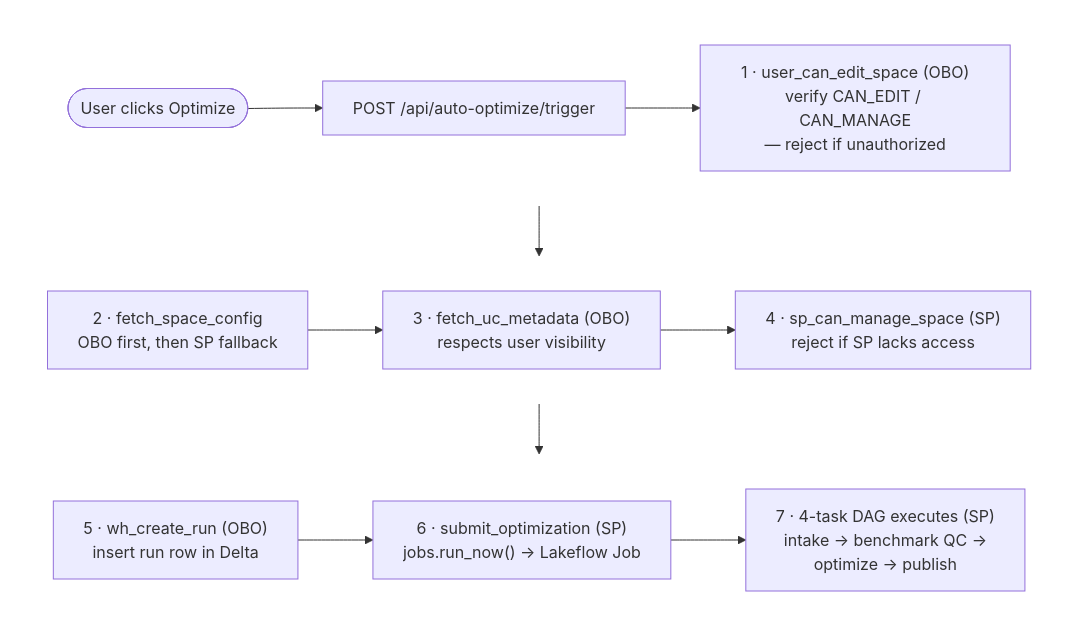
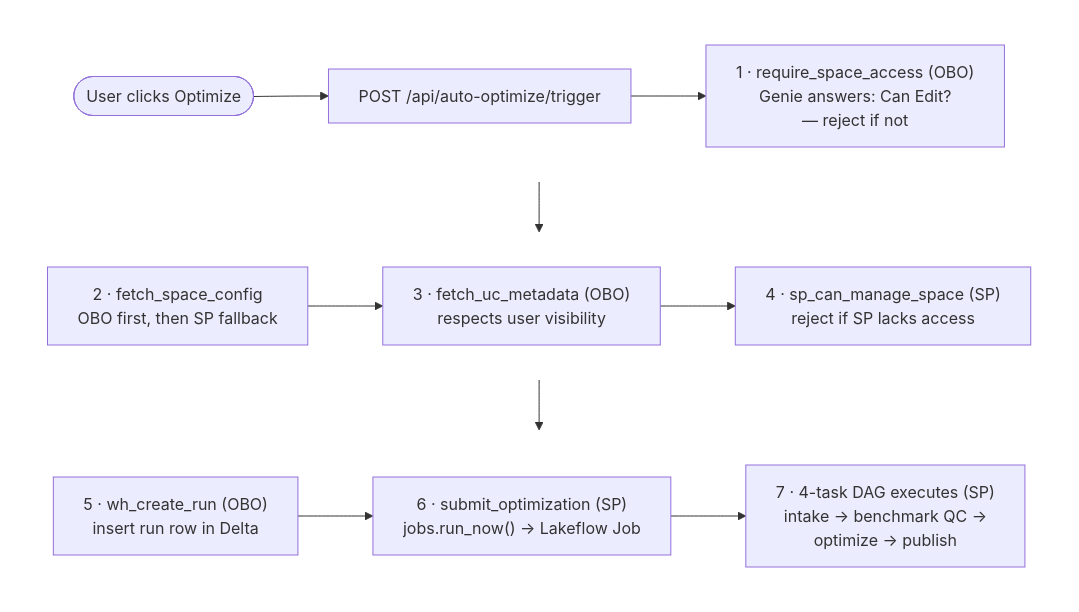
Before and after one commit to databricks-solutions/databricks-genie-workbench: the second of 2 diagrams in docs/docs/platform/authentication.md, drawn with Mermaid. The commit also changed other lines of this file and 19 other files, not shown here.

First line of the commit message:
fix(pr332-m1a): one space access resolver — Genie answers under the user's token

````diff
--- a/docs/docs/platform/authentication.md
+++ b/docs/docs/platform/authentication.md
@@ -96,20 +96,20 @@
 ```mermaid
 %%{init: {'flowchart': {'wrappingWidth': 250}}}%%
 flowchart TB
     subgraph r1 [" "]
         direction LR
-        click(["User clicks Optimize"]) --> trigger["POST /api/auto-optimize/trigger"] --> s1["1 · user_can_edit_space (OBO)<br/>verify CAN_EDIT / CAN_MANAGE<br/>— reject if unauthorized"]
+        click(["User clicks Optimize"]) --> trigger["POST /api/auto-optimize/trigger"] --> s1["1 · require_space_access (OBO)<br/>Genie answers: Can Edit?<br/>— reject if not"]
     end
     subgraph r2 [" "]
         direction LR
         s2["2 · fetch_space_config<br/>OBO first, then SP fallback"] --> s3["3 · fetch_uc_metadata (OBO)<br/>respects user visibility"] --> s4["4 · sp_can_manage_space (SP)<br/>reject if SP lacks access"]
     end
     subgraph r3 [" "]
         direction LR
         s5["5 · wh_create_run (OBO)<br/>insert run row in Delta"] --> s6["6 · submit_optimization (SP)<br/>jobs.run_now() → Lakeflow Job"] --> s7["7 · 4-task DAG executes (SP)<br/>intake → benchmark QC →<br/>optimize → publish"]
     end
     r1 --> r2 --> r3
     style r1 fill:none,stroke:none
     style r2 fill:none,stroke:none
     style r3 fill:none,stroke:none
 ```
````
